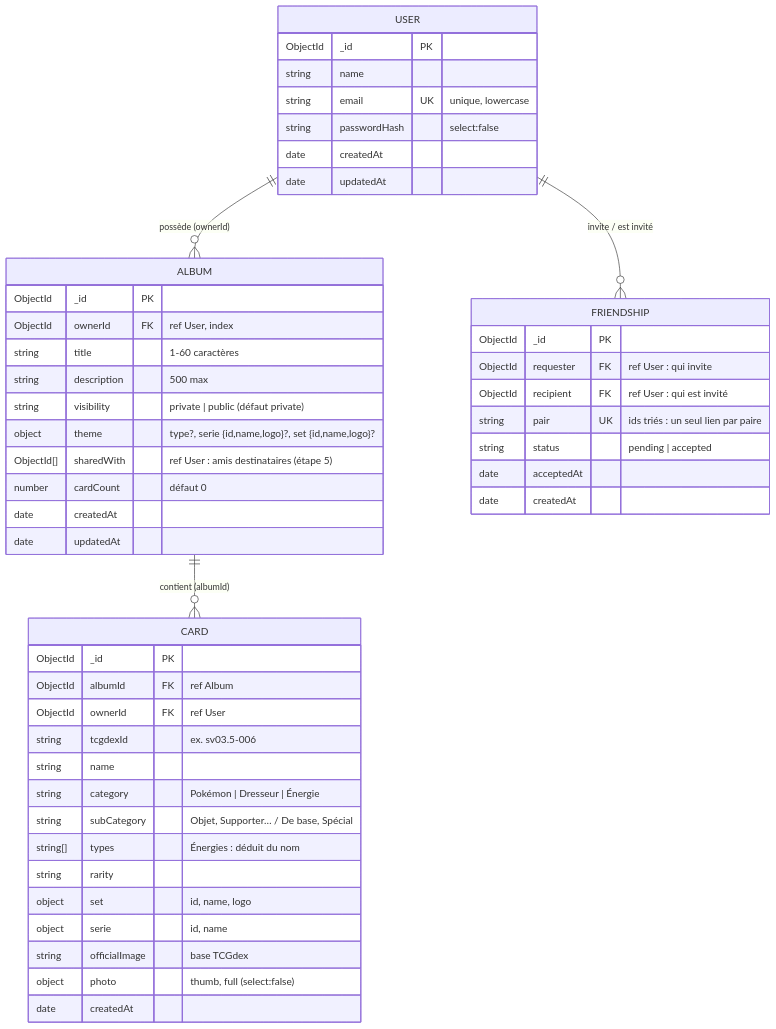
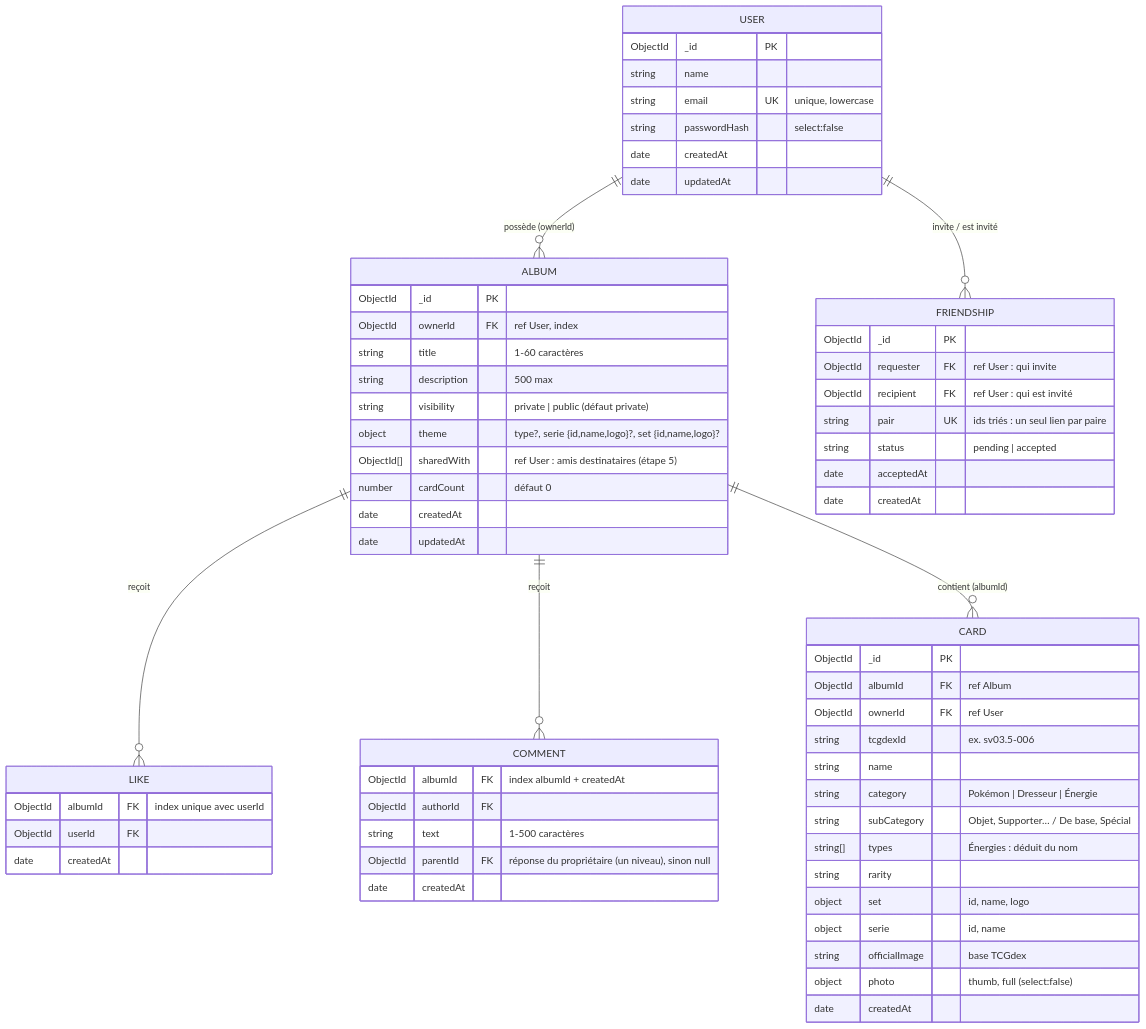
Before and after one commit to nini667-E/AngularM1_Miage_2026_2027_TP123: the second of 13 diagrams in backend/analyse.md, drawn with Mermaid. The commit also changed other lines of this file and 43 other files, not shown here.

````diff
--- a/backend/analyse.md
+++ b/backend/analyse.md
@@ -135,51 +142,65 @@
 ```mermaid
 erDiagram
     USER {
         ObjectId _id PK
         string name
         string email UK "unique, lowercase"
         string passwordHash "select:false"
         date createdAt
         date updatedAt
     }
     ALBUM {
         ObjectId _id PK
         ObjectId ownerId FK "ref User, index"
         string title "1-60 caractères"
         string description "500 max"
         string visibility "private | public (défaut private)"
         object theme "type?, serie {id,name,logo}?, set {id,name,logo}?"
         ObjectId[] sharedWith "ref User : amis destinataires (étape 5)"
         number cardCount "défaut 0"
         date createdAt
         date updatedAt
     }
     CARD {
         ObjectId _id PK
         ObjectId albumId FK "ref Album"
         ObjectId ownerId FK "ref User"
         string tcgdexId "ex. sv03.5-006"
         string name
         string category "Pokémon | Dresseur | Énergie"
         string subCategory "Objet, Supporter… / De base, Spécial"
         string[] types "Énergies : déduit du nom"
         string rarity
         object set "id, name, logo"
         object serie "id, name"
         string officialImage "base TCGdex"
         object photo "thumb, full (select:false)"
         date createdAt
     }
     FRIENDSHIP {
         ObjectId _id PK
         ObjectId requester FK "ref User : qui invite"
         ObjectId recipient FK "ref User : qui est invité"
         string pair UK "ids triés : un seul lien par paire"
         string status "pending | accepted"
         date acceptedAt
         date createdAt
     }
+    LIKE {
+        ObjectId albumId FK "index unique avec userId"
+        ObjectId userId FK
+        date createdAt
+    }
+    COMMENT {
+        ObjectId albumId FK "index albumId + createdAt"
+        ObjectId authorId FK
+        string text "1-500 caractères"
+        ObjectId parentId FK "réponse du propriétaire (un niveau), sinon null"
+        date createdAt
+    }
     USER ||--o{ ALBUM : "possède (ownerId)"
+    ALBUM ||--o{ LIKE : "reçoit"
+    ALBUM ||--o{ COMMENT : "reçoit"
     USER ||--o{ FRIENDSHIP : "invite / est invité"
     ALBUM ||--o{ CARD : "contient (albumId)"
 ```
````
